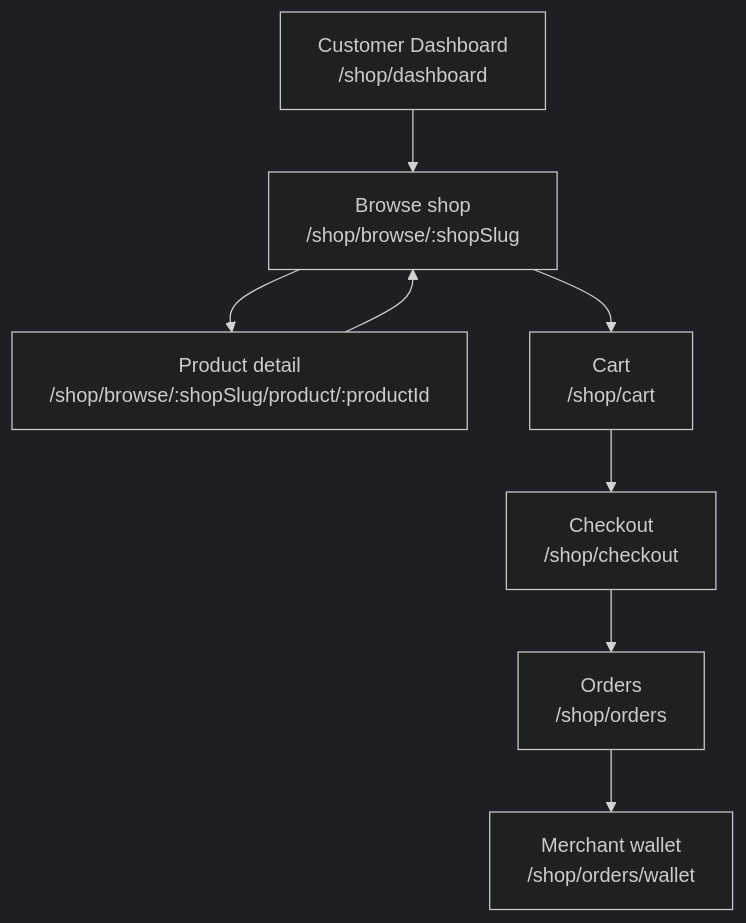
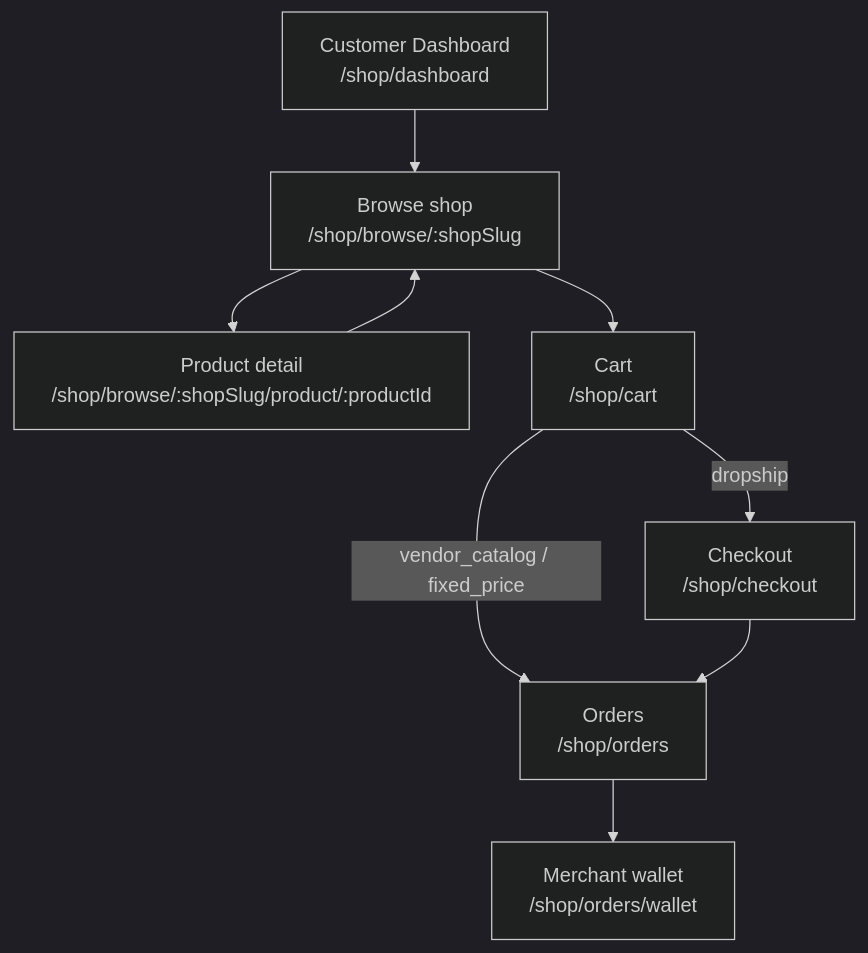
One commit to david-git-2/brandwala-wholesale-quasar-v2 changed the third of 4 diagrams in doc/shop_order/UI_FLOW.md. Above: the diagram before and after it, drawn with Mermaid (dark theme). The commit also changed other lines of this file and 35 other files, not shown here.

````diff
--- a/doc/shop_order/UI_FLOW.md
+++ b/doc/shop_order/UI_FLOW.md
@@ -138,10 +138,11 @@
 ```mermaid
 flowchart TD
     D["Customer Dashboard<br/>/shop/dashboard"] --> B["Browse shop<br/>/shop/browse/:shopSlug"]
     B --> P["Product detail<br/>/shop/browse/:shopSlug/product/:productId"]
     P --> B
     B --> C["Cart<br/>/shop/cart"]
-    C --> K["Checkout<br/>/shop/checkout"]
-    K --> O["Orders<br/>/shop/orders"]
+    C -->|"vendor_catalog / fixed_price"| O["Orders<br/>/shop/orders"]
+    C -->|dropship| K["Checkout<br/>/shop/checkout"]
+    K --> O
     O --> W["Merchant wallet<br/>/shop/orders/wallet"]
 ```
````
